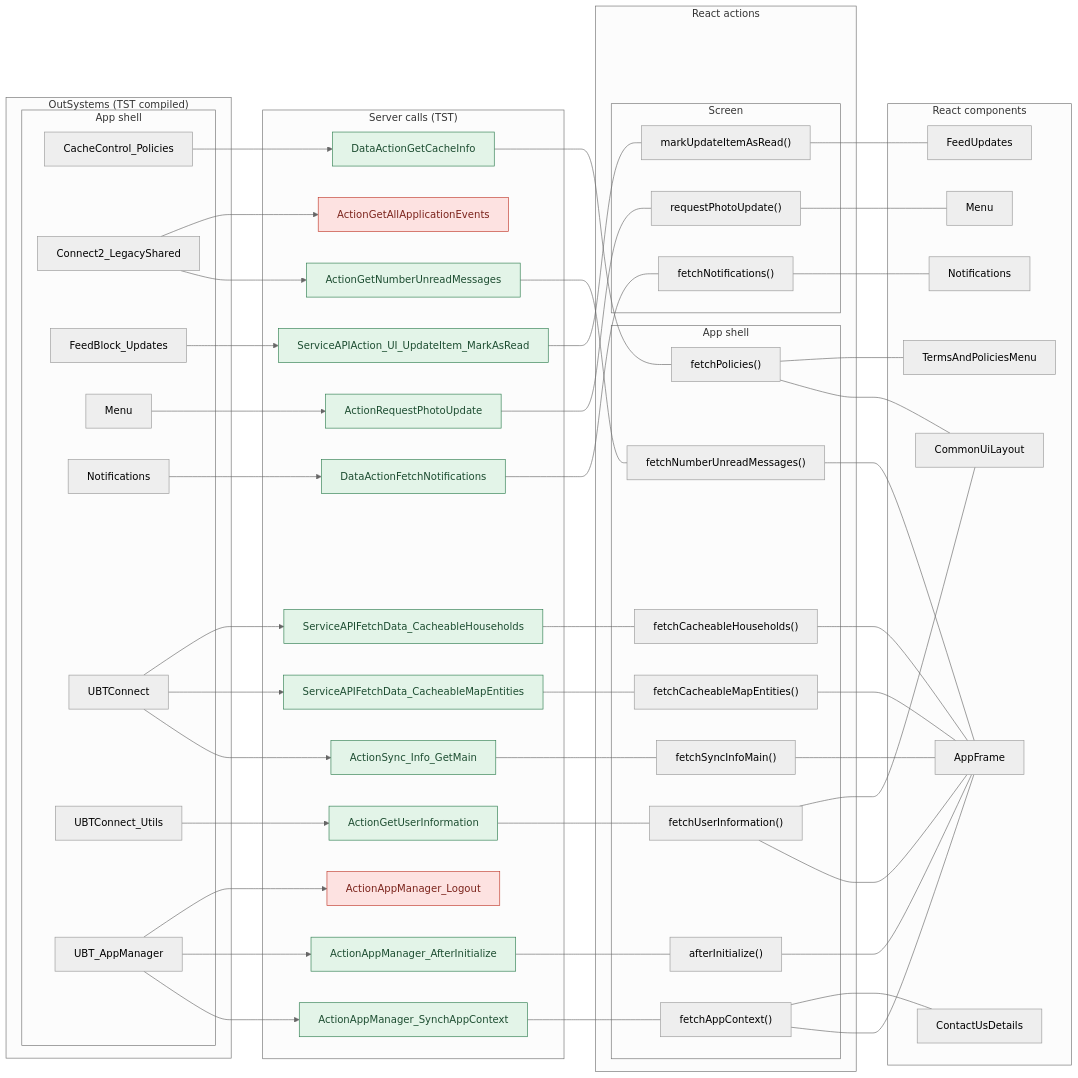
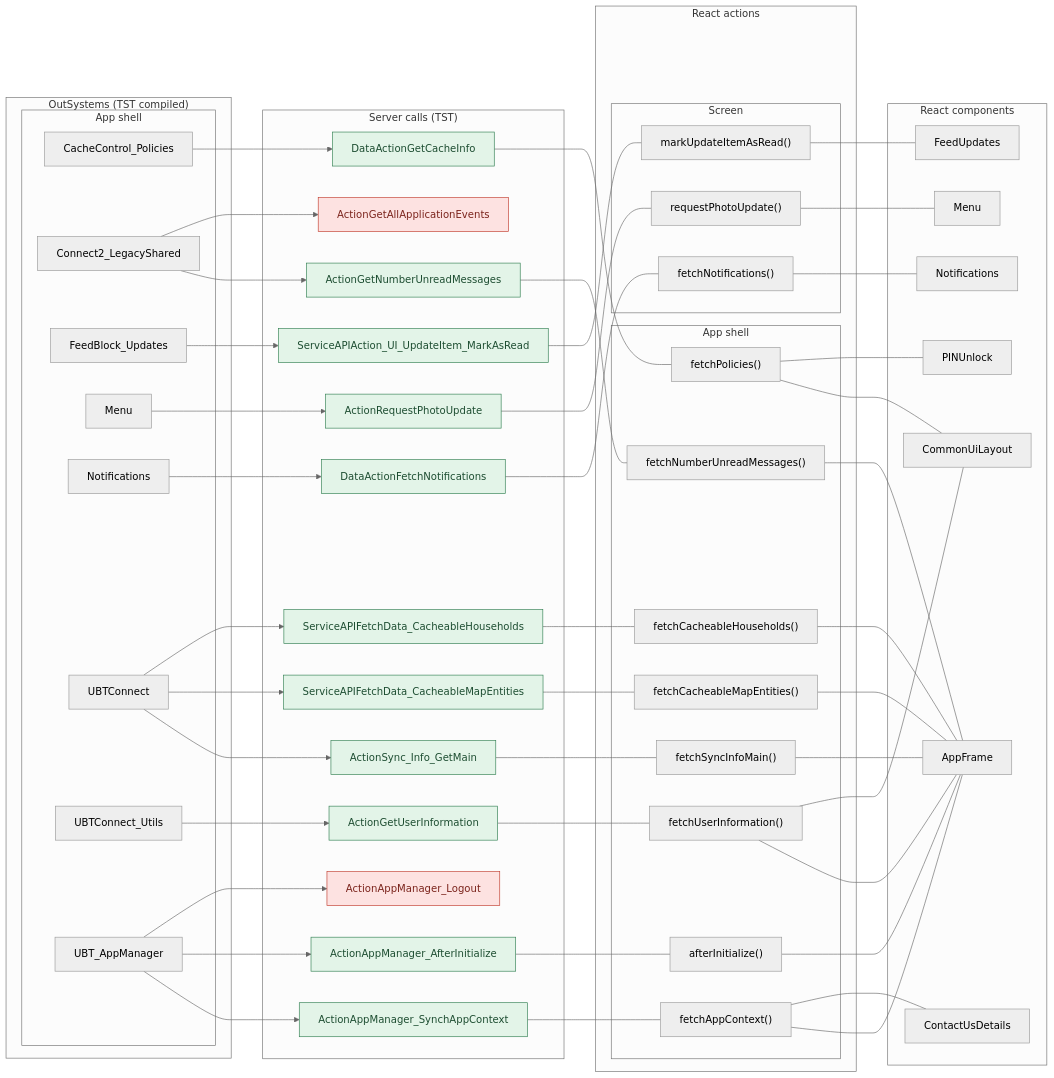
The first of 20 diagrams in route-actions/APP_SHELL.md (Phoenix-DX/connect-new-ui), drawn with Mermaid (neutral theme) before and after one commit. The commit also changed other lines of this file and 7 other files, not shown here.

```diff
--- a/route-actions/APP_SHELL.md
+++ b/route-actions/APP_SHELL.md
@@ -68,7 +68,7 @@
     c35["FeedUpdates"]
     c36["Menu"]
     c37["Notifications"]
-    c38["TermsAndPoliciesMenu"]
+    c38["PINUnlock"]
   end
   r21 --- c32
   r22 --- c32
```
